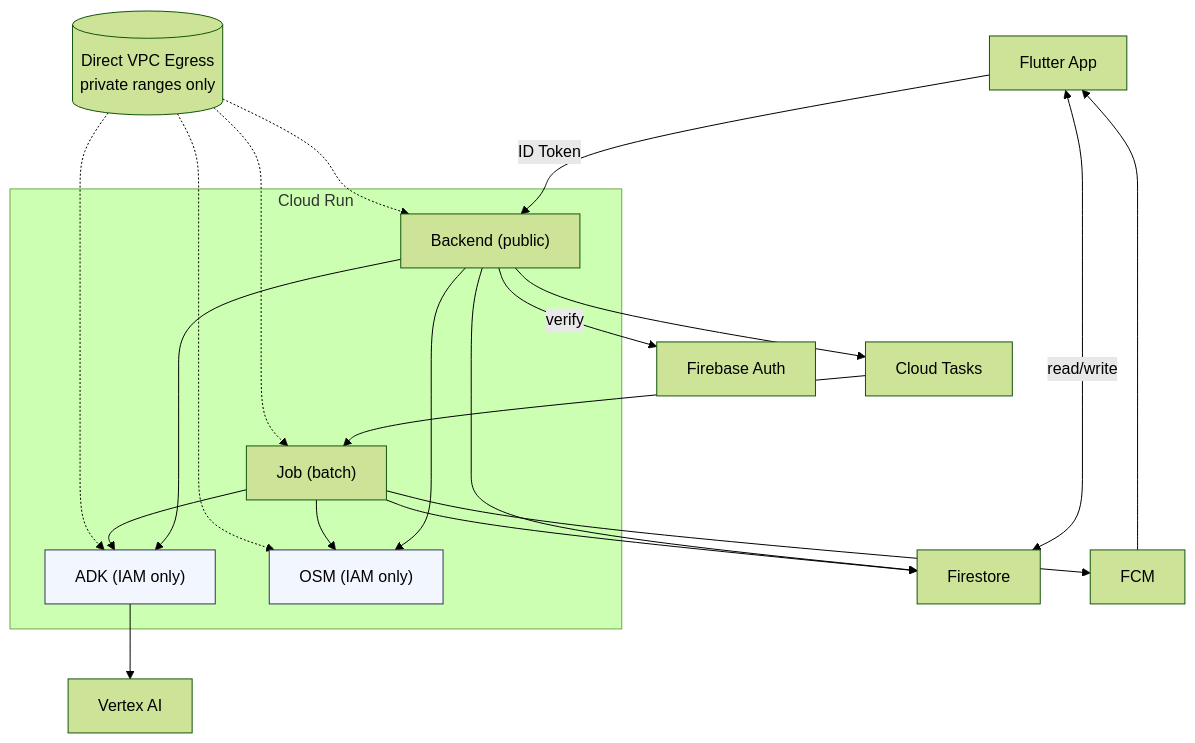
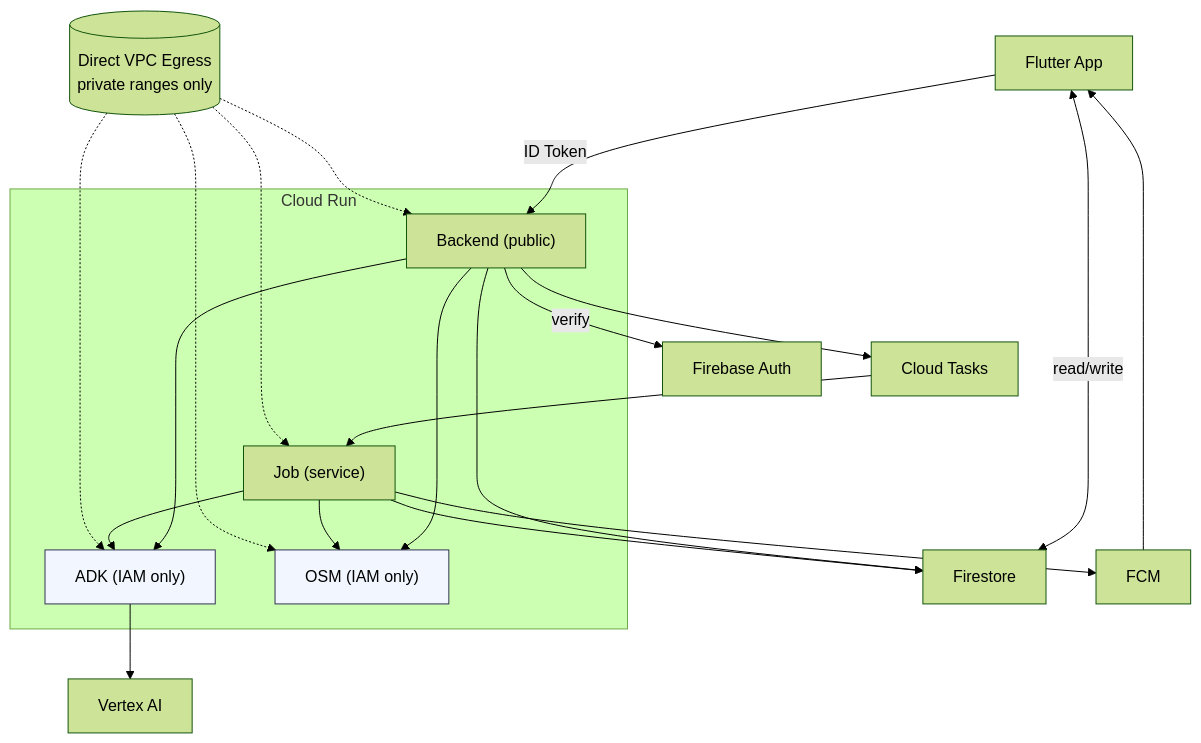
Before and after one commit to i-icc/aruku_pallarel: the first of 2 diagrams in spec/system.md, drawn with Mermaid (forest theme). The commit also changed other lines of this file and 10 other files, not shown here.

````diff
--- a/spec/system.md
+++ b/spec/system.md
@@ -9,41 +9,41 @@
 ```mermaid
 flowchart TB
   App[Flutter App]
   Auth[Firebase Auth]
   FS[Firestore]
   FCM[FCM]
   Tasks[Cloud Tasks]
   Vertex[Vertex AI]
 
   subgraph Run["Cloud Run"]
     Backend["Backend (public)"]
     ADK["ADK (IAM only)"]
     OSM["OSM (IAM only)"]
-    Job["Job (batch)"]
+    Job["Job (service)"]
   end
 
   App -->|ID Token| Backend
   Backend -->|verify| Auth
   App <-->|read/write| FS
   Backend --> FS
   Backend --> Tasks
   Tasks --> Job
   Job --> FS
   Job --> FCM
   FCM --> App
 
   Backend --> ADK
   Backend --> OSM
   Job --> ADK
   Job --> OSM
   ADK --> Vertex
 
   Egress[(Direct VPC Egress\nprivate ranges only)]
   Egress -.-> Backend
   Egress -.-> ADK
   Egress -.-> OSM
   Egress -.-> Job
 
   classDef internal fill:#f2f7ff,stroke:#335;
   class ADK,OSM internal;
 ```
````
